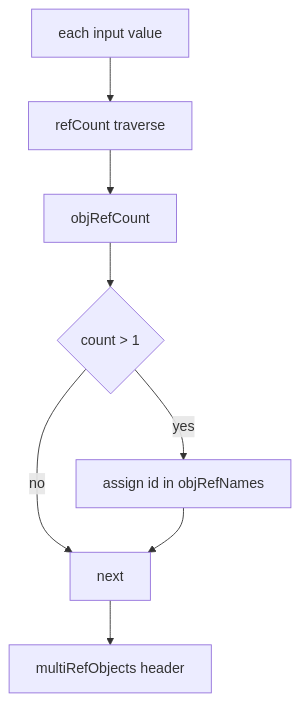
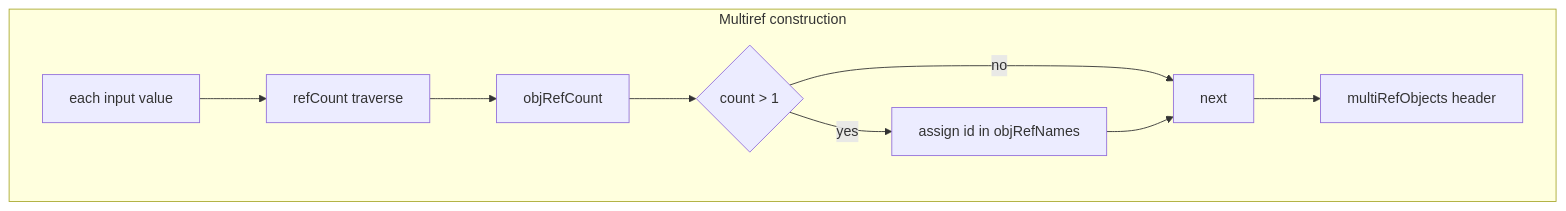
Before and after one commit to Gh0st352/AETHR: the second of 4 diagrams in docs/io/store_and_variants.md, drawn with Mermaid. The commit also changed other lines of this file and 5 other files, not shown here.

First line of the commit message:
docs(io): restructure Mermaid diagrams, add subgraphs & classes

````diff
--- a/docs/io/store_and_variants.md
+++ b/docs/io/store_and_variants.md
@@ -28,10 +37,20 @@
 ```mermaid
+%% shared theme: docs/_mermaid/theme.json %%
 flowchart TD
-  V[each input value] --> RC[refCount traverse]
-  RC --> MAP[objRefCount]
-  MAP --> SEL{count > 1}
-  SEL -->|yes| IDX[assign id in objRefNames]
-  SEL -->|no| NEXT[next]
-  IDX --> NEXT
-  NEXT --> OUT[multiRefObjects header]
+  subgraph "Multiref construction"
+    V[each input value] --> RC[refCount traverse]
+    RC --> MAP[objRefCount]
+    MAP --> SEL{count > 1}
+    SEL -->|yes| IDX[assign id in objRefNames]
+    SEL -->|no| NEXT[next]
+    IDX --> NEXT
+    NEXT --> OUT[multiRefObjects header]
+  end
+
+  class V class_data;
+  class RC class_tracker;
+  class MAP class_step;
+  class SEL class_decision;
+  class IDX,NEXT class_step;
+  class OUT class_io;
 ```
````
